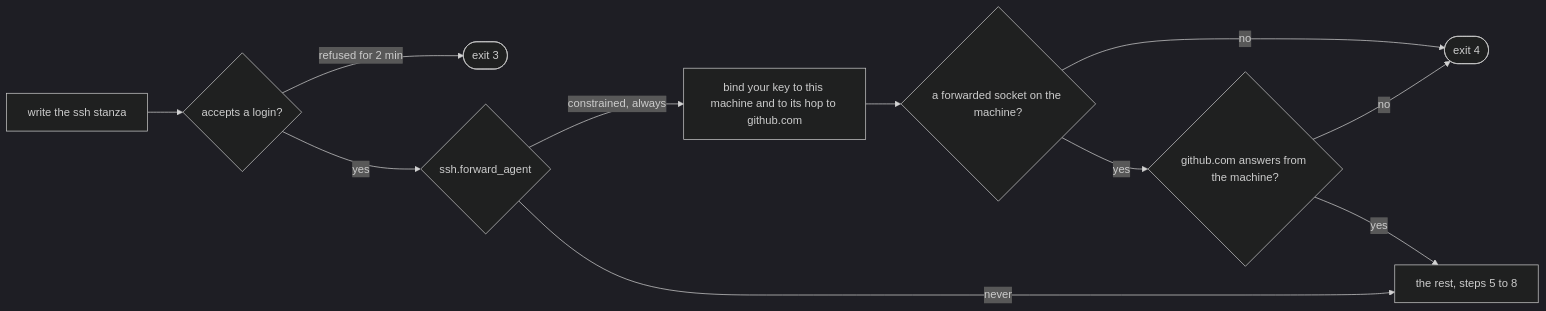
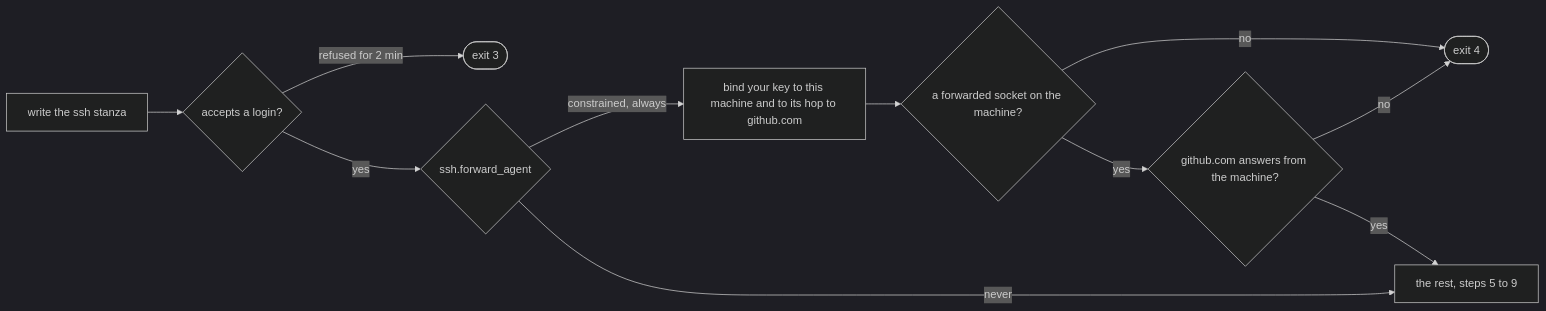
One commit to artexety/machine-link changed the first of 2 diagrams in DOCS.md. Above: the diagram before and after it, drawn with Mermaid (dark theme). The commit also changed other lines of this file and 8 other files, not shown here.

````diff
--- a/DOCS.md
+++ b/DOCS.md
@@ -120,13 +123,13 @@
 ```mermaid
 flowchart LR
     A["write the ssh stanza"] --> B{"accepts a login?"}
     B -->|"refused for 2 min"| X3(["exit 3"])
     B -->|"yes"| M{"ssh.forward_agent"}
     M -->|"constrained, always"| K["bind your key to this machine and to its hop to github.com"]
     K --> F{"a forwarded socket on the machine?"}
     F -->|"no"| X4(["exit 4"])
     F -->|"yes"| G{"github.com answers from the machine?"}
     G -->|"no"| X4
-    G -->|"yes"| Z["the rest, steps 5 to 8"]
+    G -->|"yes"| Z["the rest, steps 5 to 9"]
     M -->|"never"| Z
 ```
````
